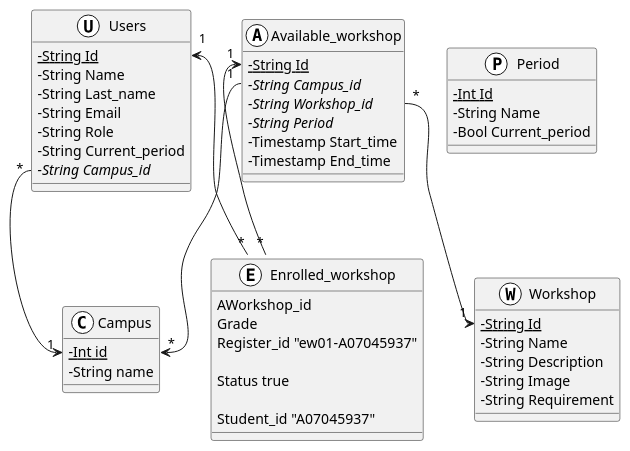
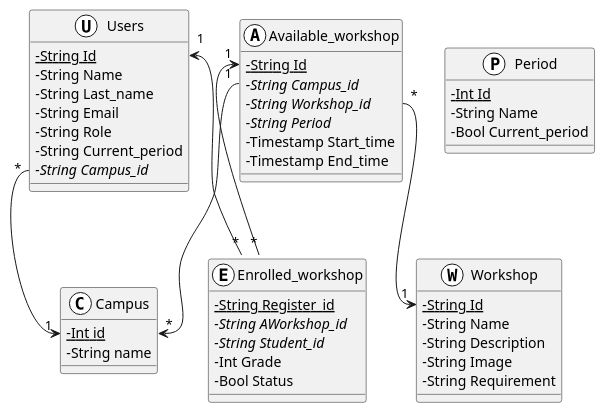
Before and after one commit to facund015/codeRelatedObsidianNotes: the diagram in Reto/Base de datos.md, drawn with PlantUML.

Commit message:
vault backup: 2021-12-01 18:17:03

````diff
--- a/Reto/Base de datos.md
+++ b/Reto/Base de datos.md
@@ -2,61 +2,59 @@
 ```plantuml
 @startuml
 skinparam classAttributeIconSize 0
 
 class Users <<(U,white)>> {
 	-{static} String Id
 	-String Name
 	-String Last_name
 	-String Email
 	-String Role
 	-String Current_period
 	{abstract} -String Campus_id
 }
 
 class Campus <<(C,white)>> {
 	{static} -Int id
 	-String name
 }
 
 class Period <<(P,white)>> {
 	{static} -Int Id
 	-String Name
 	-Bool Current_period
 }
 
 class Workshop <<(W,white)>> {
 	{static} -String Id
 	-String Name
 	-String Description
 	-String Image
 	-String Requirement
 }
 class Available_workshop <<(A, white)>> {
 	{static} -String Id
 	{abstract} -String Campus_id
 	{abstract} -String Workshop_id
 	{abstract} -String Period
 	-Timestamp Start_time
 	-Timestamp End_time
 }
 class Enrolled_workshop <<(E,white)>> {
-	AWorkshop_id
-	Grade
-	Register_id "ew01-A07045937"
-
-	Status true
-
-	Student_id "A07045937"
+	{static} -String Register_id
+	{abstract} -String AWorkshop_id
+	{abstract} -String Student_id
+	-Int Grade
+	-Bool Status
 }
 
 Users::Id "1" <-- "*" Enrolled_workshop::studentId
 Users::Campus_id "*" --> "1" Campus::id
 Available_workshop::Id "1" <-- "*" Enrolled_workshop::tallerId
 Available_workshop::Campus_id "1" -->  "*" Campus::id
 Available_workshop::Workshop_id "*" --> "1" Workshop::Id
 
 
 
 
 @enduml
 ```
````
